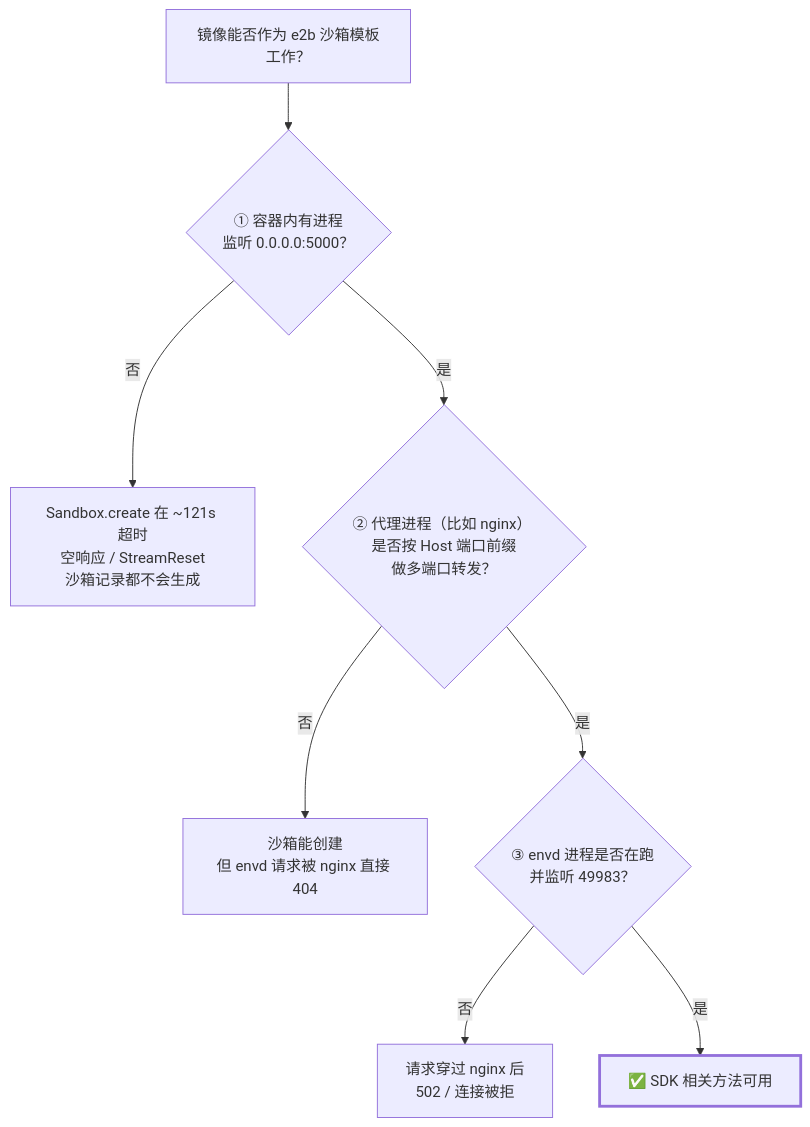
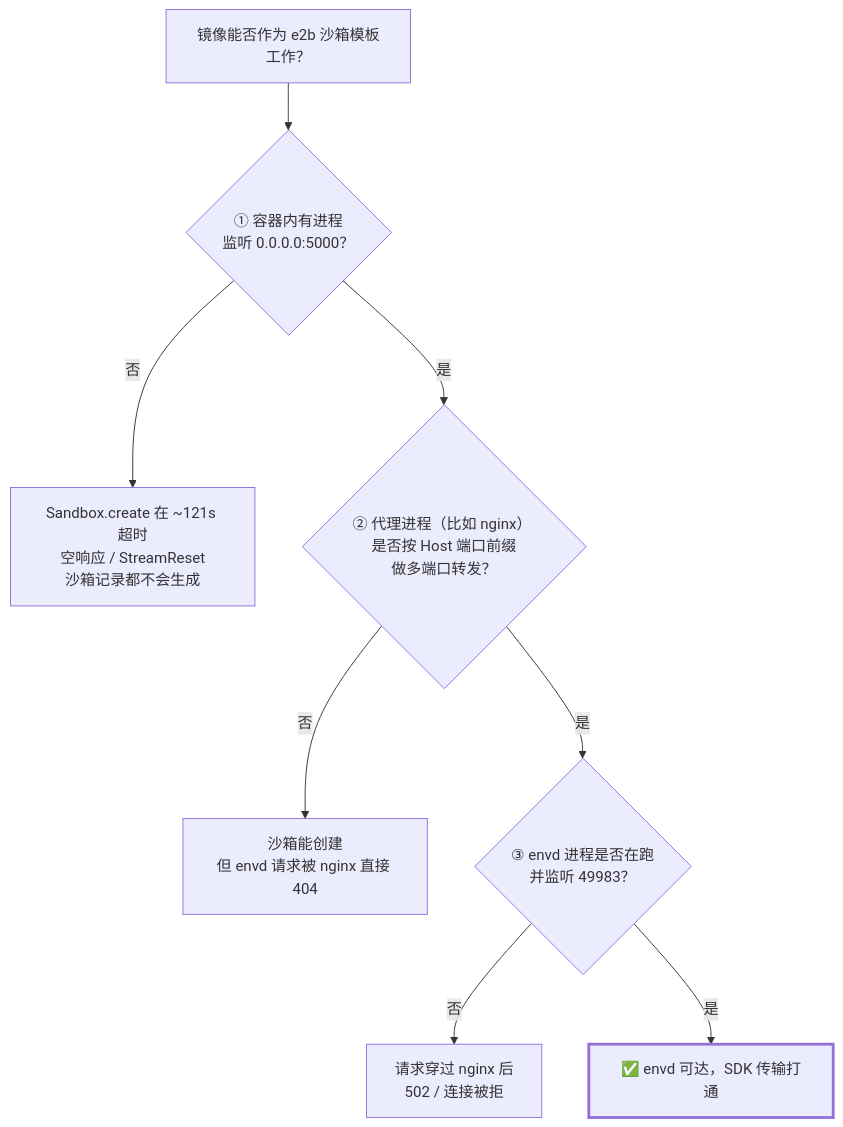
Before and after one commit to aliyun-fc/fc-docs: the third of 5 diagrams in docs/zh-CN/01.云沙箱/05.最佳实践/10.envd 集成教程：把你自己的镜像变成 e2b 沙箱模板.md, drawn with Mermaid. The commit also changed other lines of this file and 1 other file, not shown here.

First line of the commit message:
docs: address review feedback on envd tutorial

````diff
--- a/docs/zh-CN/01.云沙箱/05.最佳实践/10.envd 集成教程：把你自己的镜像变成 e2b 沙箱模板.md
+++ b/docs/zh-CN/01.云沙箱/05.最佳实践/10.envd 集成教程：把你自己的镜像变成 e2b 沙箱模板.md
@@ -98,12 +98,12 @@
 ```mermaid
 flowchart TD
     START["镜像能否作为 e2b 沙箱模板工作？"] --> C1{"① 容器内有进程<br/>监听 0.0.0.0:5000？"}
     C1 -->|否| F1["Sandbox.create 在 ~121s 超时<br/>空响应 / StreamReset<br/>沙箱记录都不会生成"]
     C1 -->|是| C2{"② 代理进程（比如 nginx） 是否按 Host 端口前缀<br/>做多端口转发？"}
     C2 -->|否| F2["沙箱能创建<br/>但 envd 请求被 nginx 直接 404"]
     C2 -->|是| C3{"③ envd 进程是否在跑<br/>并监听 49983？"}
     C3 -->|否| F3["请求穿过 nginx 后<br/>502 / 连接被拒"]
-    C3 -->|是| OK["✅ SDK 相关方法可用"]
+    C3 -->|是| OK["✅ envd 可达，SDK 传输打通"]
 
     style OK stroke-width:3px
 ```
````
